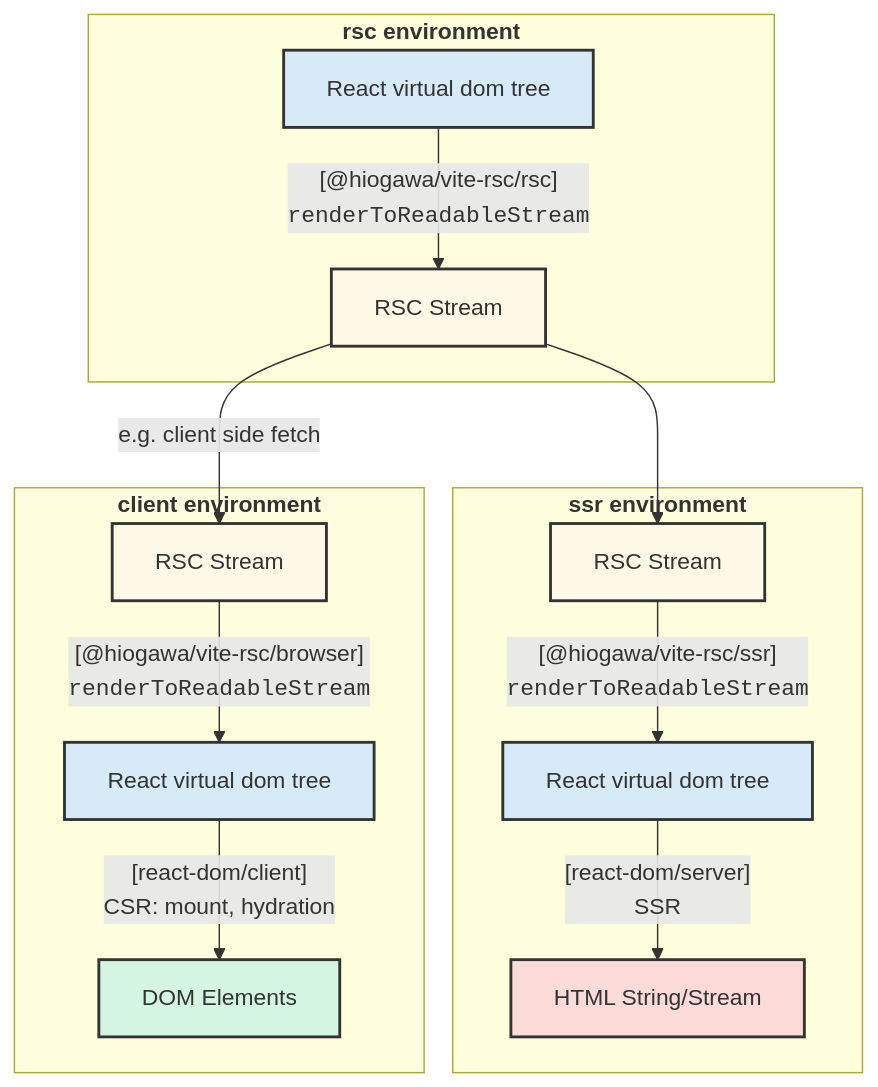
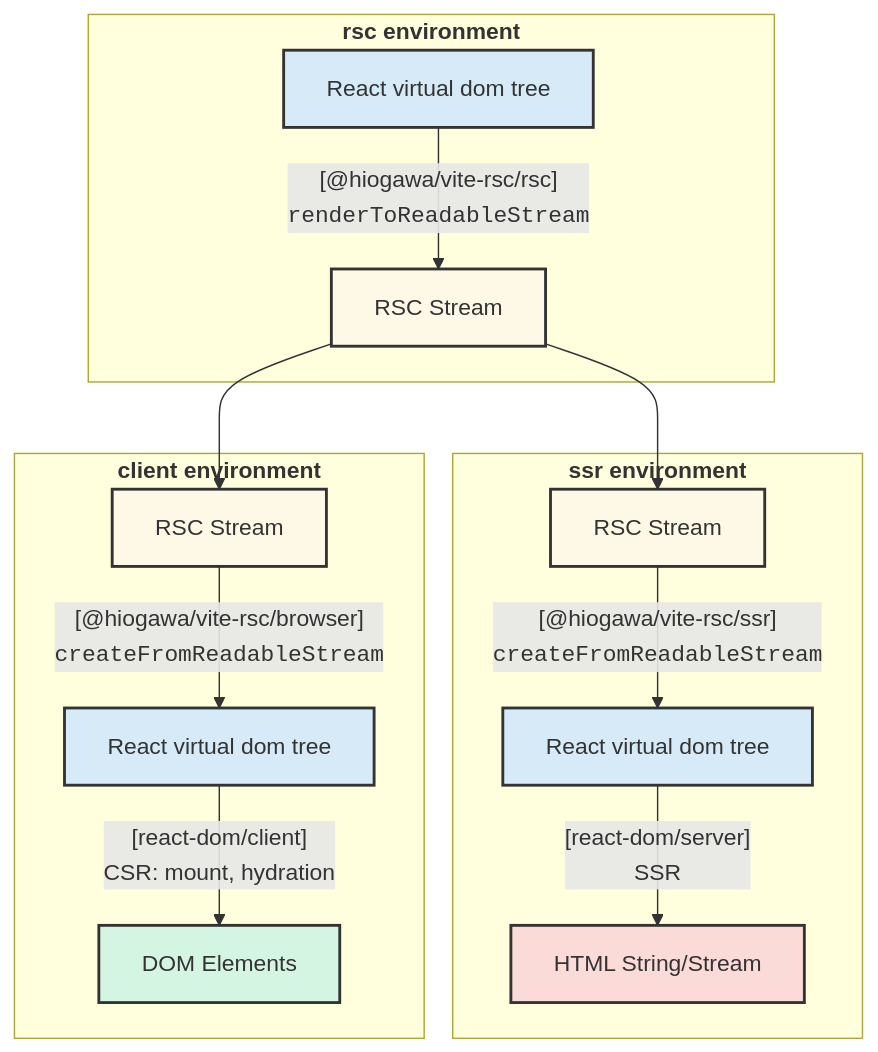
Before and after one commit to hi-ogawa/vite-plugins: the diagram in packages/rsc/README.md, drawn with Mermaid.

````diff
--- a/packages/rsc/README.md
+++ b/packages/rsc/README.md
@@ -25,29 +25,29 @@
 ```mermaid
 graph TD
 
     subgraph "<strong>rsc environment</strong>"
         A["React virtual dom tree"] --> |"[@hiogawa/vite-rsc/rsc]<br /><code>renderToReadableStream</code>"| B1["RSC Stream"];
     end
 
     B1 --> B2
-    B1 --> |"e.g. client side fetch"| B3
+    B1 --> B3
 
     subgraph "<strong>ssr environment</strong>"
-        B2["RSC Stream"] --> |"[@hiogawa/vite-rsc/ssr]<br /><code>renderToReadableStream</code>"| C1["React virtual dom tree"];
+        B2["RSC Stream"] --> |"[@hiogawa/vite-rsc/ssr]<br /><code>createFromReadableStream</code>"| C1["React virtual dom tree"];
         C1 --> |"[react-dom/server]<br/>SSR"| E["HTML String/Stream"];
     end
 
     subgraph "<strong>client environment</strong>"
-        B3["RSC Stream"] --> |"[@hiogawa/vite-rsc/browser]<br /><code>renderToReadableStream</code>"| C2["React virtual dom tree"];
+        B3["RSC Stream"] --> |"[@hiogawa/vite-rsc/browser]<br /><code>createFromReadableStream</code>"| C2["React virtual dom tree"];
         C2 --> |"[react-dom/client]<br/>CSR: mount, hydration"| D["DOM Elements"];
     end
 
     style A fill:#D6EAF8,stroke:#333,stroke-width:2px
     style B1 fill:#FEF9E7,stroke:#333,stroke-width:2px
     style B2 fill:#FEF9E7,stroke:#333,stroke-width:2px
     style B3 fill:#FEF9E7,stroke:#333,stroke-width:2px
     style C1 fill:#D6EAF8,stroke:#333,stroke-width:2px
     style C2 fill:#D6EAF8,stroke:#333,stroke-width:2px
     style D fill:#D5F5E3,stroke:#333,stroke-width:2px
     style E fill:#FADBD8,stroke:#333,stroke-width:2px
 ```
````
